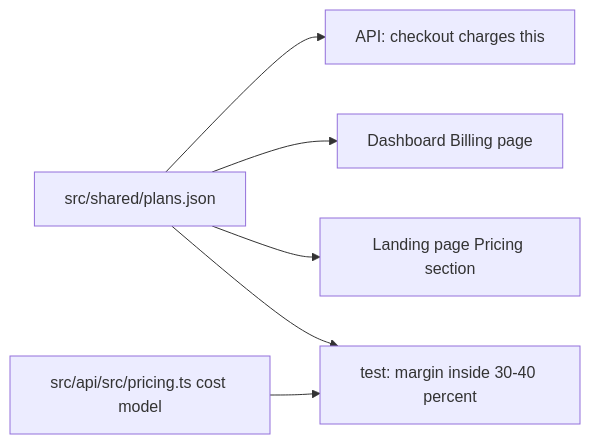
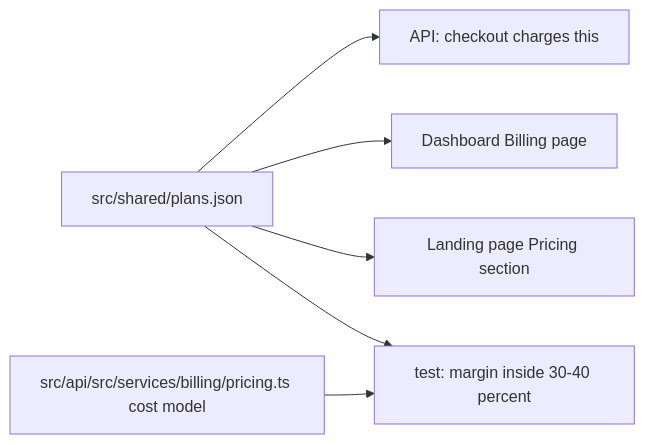
One commit to Aevrin-ai/modelWrecker changed the diagram in docs/billing/pricing.md. Above: the diagram before and after it, drawn with Mermaid. The commit also changed other lines of this file and 698 other files, not shown here.

````diff
--- a/docs/billing/pricing.md
+++ b/docs/billing/pricing.md
@@ -16,8 +16,8 @@
 ```mermaid
 flowchart LR
   CFG[src/shared/plans.json] --> API[API: checkout charges this]
   CFG --> DASH[Dashboard Billing page]
   CFG --> WEB[Landing page Pricing section]
-  MODEL[src/api/src/pricing.ts cost model] --> TEST[test: margin inside 30-40 percent]
+  MODEL[src/api/src/services/billing/pricing.ts cost model] --> TEST[test: margin inside 30-40 percent]
   CFG --> TEST
 ```
````
